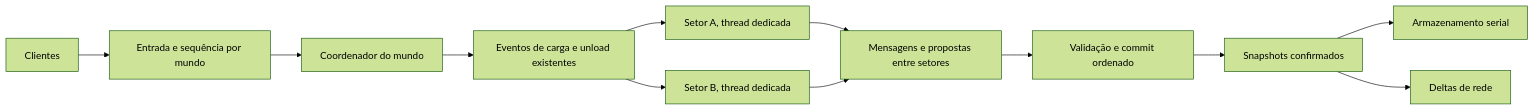
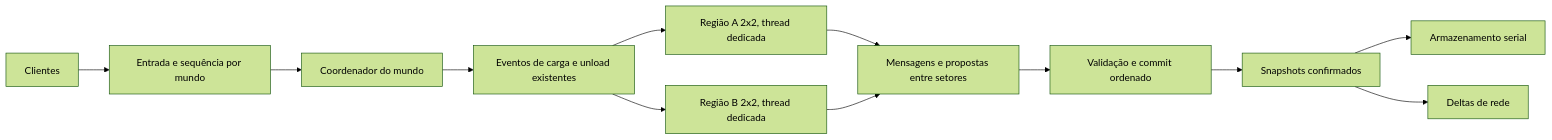
Before and after one commit to Modding-VK/OpenStarbound: the first of 2 diagrams in doc/world-region-rework-advanced-concept.md, drawn with Mermaid (forest theme). The commit also changed other lines of this file and 20 other files, not shown here.

````diff
--- a/doc/world-region-rework-advanced-concept.md
+++ b/doc/world-region-rework-advanced-concept.md
@@ -177,14 +183,14 @@
 ```mermaid
 flowchart LR
   C[Clientes] --> I[Entrada e sequência por mundo]
   I --> W[Coordenador do mundo]
   W --> Q[Eventos de carga e unload existentes]
-  Q --> R1[Setor A, thread dedicada]
-  Q --> R2[Setor B, thread dedicada]
+  Q --> R1[Região A 2x2, thread dedicada]
+  Q --> R2[Região B 2x2, thread dedicada]
   R1 --> X[Mensagens e propostas entre setores]
   R2 --> X
   X --> K[Validação e commit ordenado]
   K --> S[Snapshots confirmados]
   S --> D[Armazenamento serial]
   S --> O[Deltas de rede]
 ```
````
